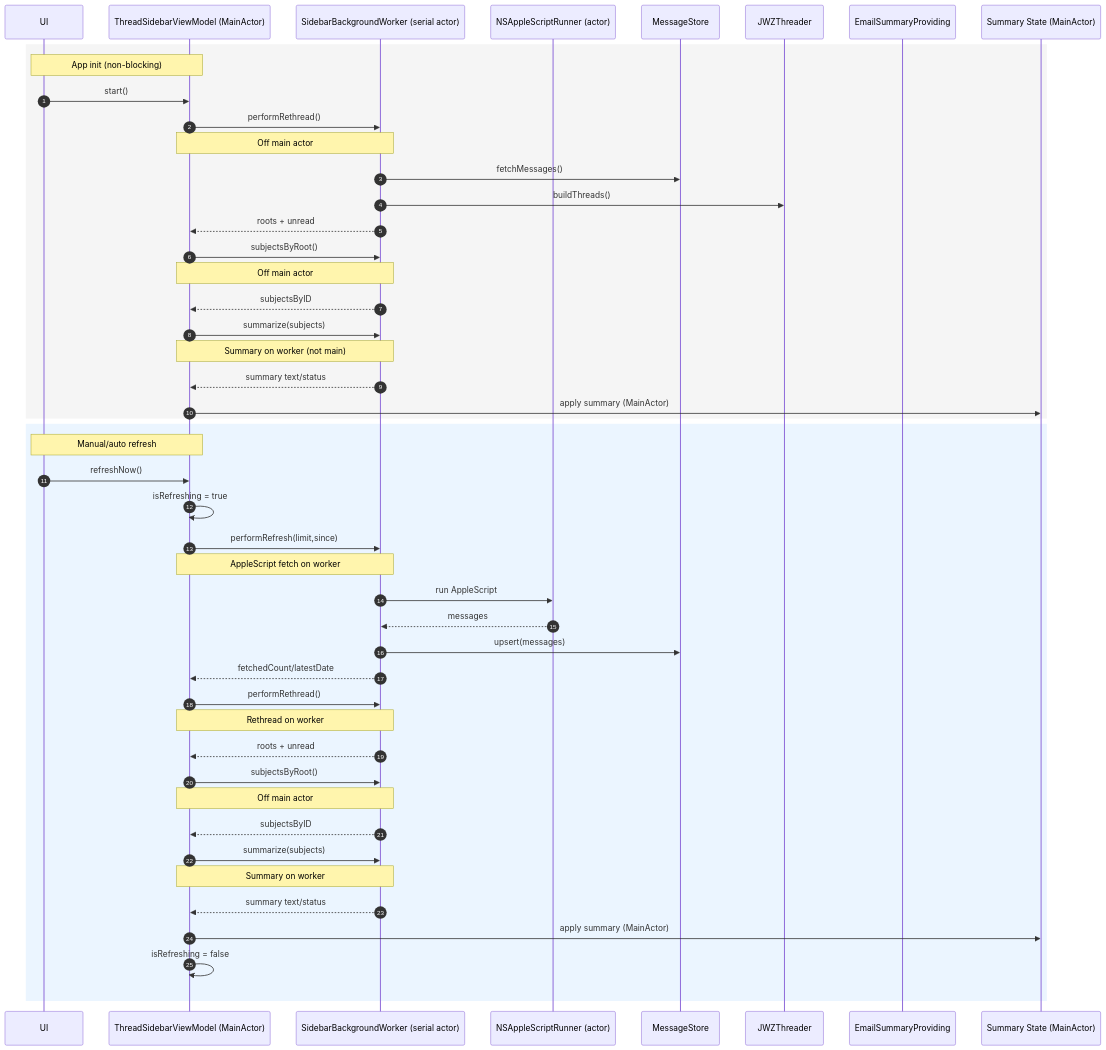
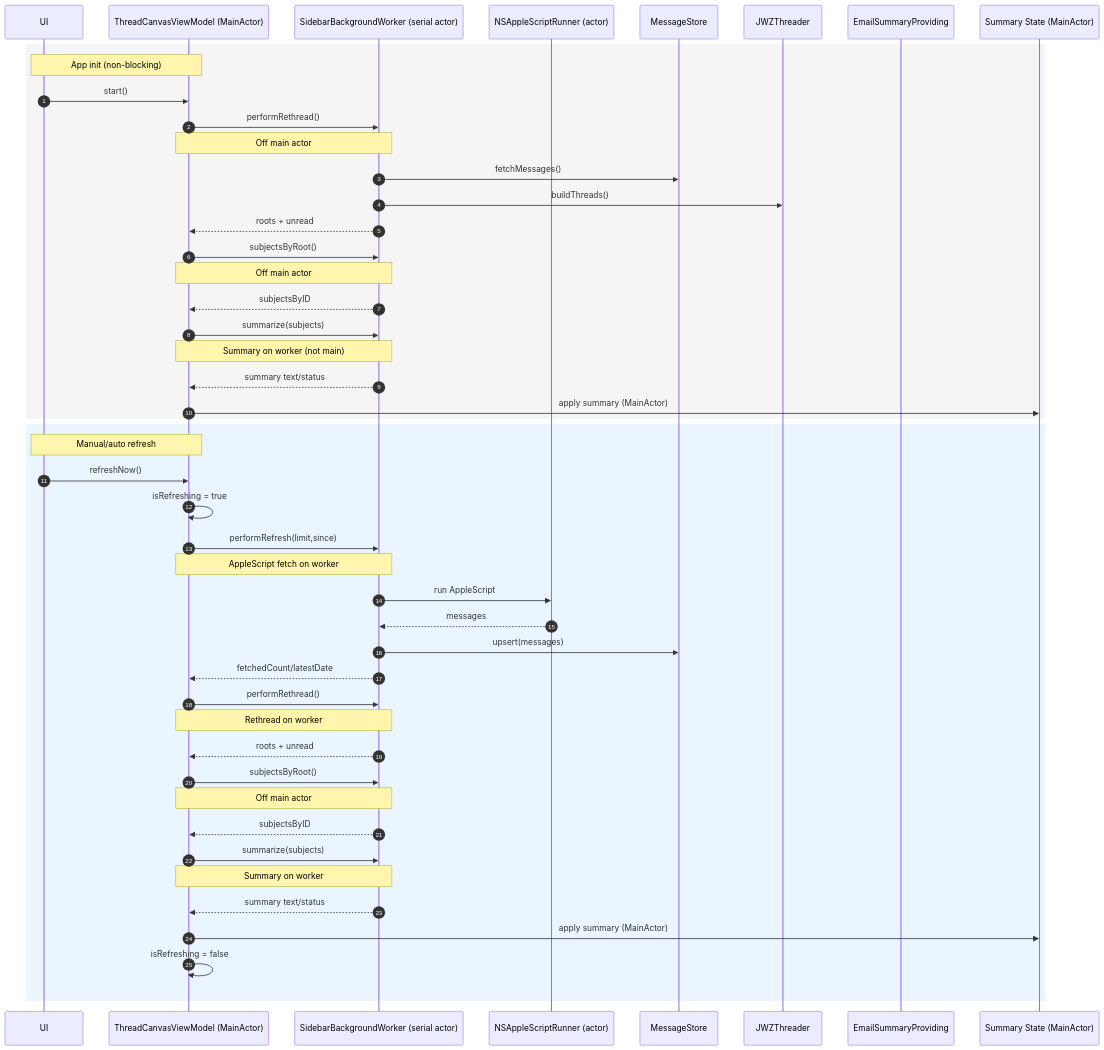
One commit to IsaacIndex/BetterMail changed the diagram in README.md. Above: the diagram before and after it, drawn with Mermaid. The commit also changed other lines of this file and 12 other files, not shown here.

Commit message:
feat: Refactor ThreadSidebarViewModel to ThreadCanvasViewModel and update related components

````diff
--- a/README.md
+++ b/README.md
@@ -77,52 +77,52 @@
 ```mermaid
 sequenceDiagram
     autonumber
     participant UI as UI
-    participant VM as ThreadSidebarViewModel (MainActor)
+    participant VM as ThreadCanvasViewModel (MainActor)
     participant Worker as SidebarBackgroundWorker (serial actor)
     participant Script as NSAppleScriptRunner (actor)
     participant Store as MessageStore
     participant Threader as JWZThreader
     participant Summary as EmailSummaryProviding
     participant SummState as Summary State (MainActor)
 
     rect rgb(245,245,245)
         note over UI,VM: App init (non-blocking)
         UI->>VM: start()
         VM->>Worker: performRethread()
         note over Worker,VM: Off main actor
         Worker->>Store: fetchMessages()
         Worker->>Threader: buildThreads()
         Worker-->>VM: roots + unread
         VM->>Worker: subjectsByRoot()
         note over Worker,VM: Off main actor
         Worker-->>VM: subjectsByID
         VM->>Worker: summarize(subjects)
         note over Worker,VM: Summary on worker (not main)
         Worker-->>VM: summary text/status
         VM->>SummState: apply summary (MainActor)
     end
 
     rect rgb(235,245,255)
         note over UI,VM: Manual/auto refresh
         UI->>VM: refreshNow()
         VM->>VM: isRefreshing = true
         VM->>Worker: performRefresh(limit,since)
         note over Worker,VM: AppleScript fetch on worker
         Worker->>Script: run AppleScript
         Script-->>Worker: messages
         Worker->>Store: upsert(messages)
         Worker-->>VM: fetchedCount/latestDate
         VM->>Worker: performRethread()
         note over Worker,VM: Rethread on worker
         Worker-->>VM: roots + unread
         VM->>Worker: subjectsByRoot()
         note over Worker,VM: Off main actor
         Worker-->>VM: subjectsByID
         VM->>Worker: summarize(subjects)
         note over Worker,VM: Summary on worker
         Worker-->>VM: summary text/status
         VM->>SummState: apply summary (MainActor)
         VM->>VM: isRefreshing = false
     end
 ```
````
